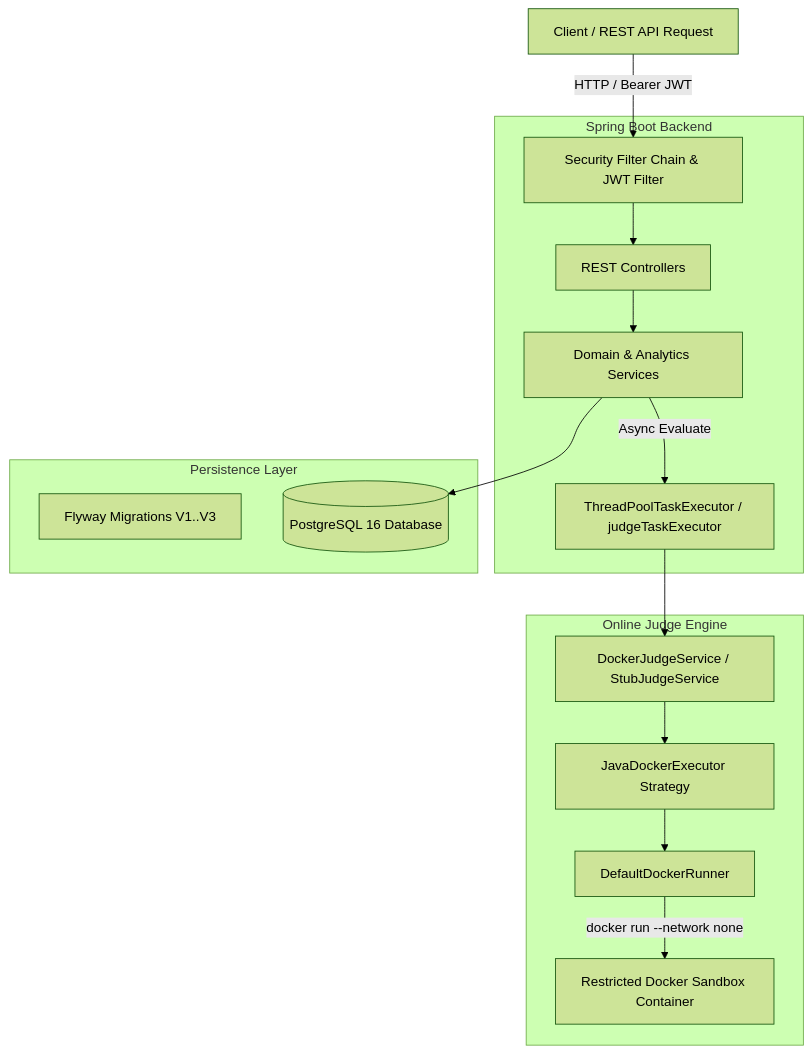
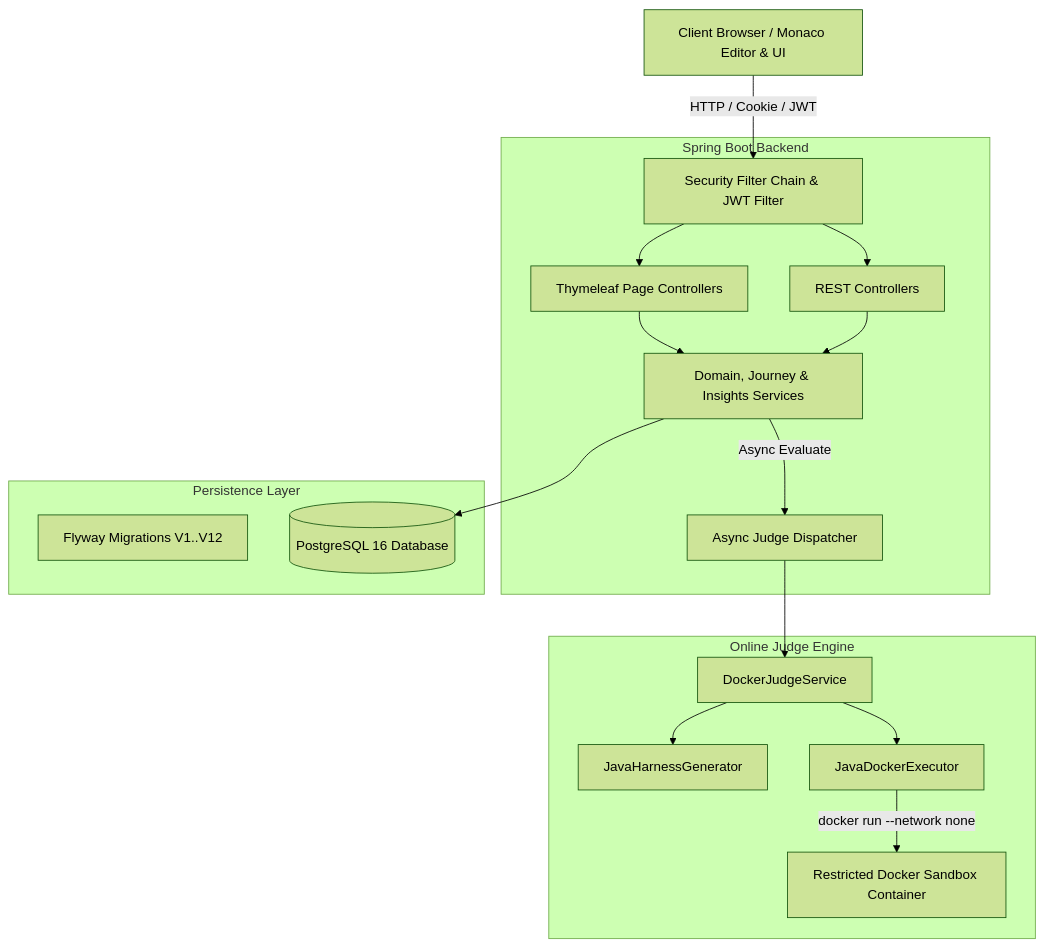
The first of 2 diagrams in README.md (sars-23/Project-Apricorn_1), drawn with Mermaid (forest theme) before and after one commit. The commit also changed other lines of this file and 11 other files, not shown here.

````diff
--- a/README.md
+++ b/README.md
@@ -27,33 +26,36 @@
 ```mermaid
 flowchart TD
-    Client[Client / REST API Request]
+    Client[Client Browser / Monaco Editor & UI]
     
     subgraph Spring Boot Backend
         SecurityFilter[Security Filter Chain & JWT Filter]
-        Controllers[REST Controllers]
-        Services[Domain & Analytics Services]
-        TaskExec[ThreadPoolTaskExecutor / judgeTaskExecutor]
+        WebControllers[Thymeleaf Page Controllers]
+        RestControllers[REST Controllers]
+        Services[Domain, Journey & Insights Services]
+        TaskExec[Async Judge Dispatcher]
     end
     
     subgraph Persistence Layer
-        Flyway[Flyway Migrations V1..V3]
+        Flyway[Flyway Migrations V1..V12]
         PostgreSQL[(PostgreSQL 16 Database)]
     end
     
     subgraph Online Judge Engine
-        JudgeService[DockerJudgeService / StubJudgeService]
-        Executor[JavaDockerExecutor Strategy]
-        Runner[DefaultDockerRunner]
+        JudgeService[DockerJudgeService]
+        HarnessGen[JavaHarnessGenerator]
+        DockerExec[JavaDockerExecutor]
         DockerContainer[Restricted Docker Sandbox Container]
     end
 
-    Client -->|HTTP / Bearer JWT| SecurityFilter
-    SecurityFilter --> Controllers
-    Controllers --> Services
+    Client -->|HTTP / Cookie / JWT| SecurityFilter
+    SecurityFilter --> WebControllers
+    SecurityFilter --> RestControllers
+    WebControllers --> Services
+    RestControllers --> Services
     Services --> PostgreSQL
     Services -->|Async Evaluate| TaskExec
     TaskExec --> JudgeService
-    JudgeService --> Executor
-    Executor --> Runner
-    Runner -->|docker run --network none| DockerContainer
+    JudgeService --> HarnessGen
+    JudgeService --> DockerExec
+    DockerExec -->|docker run --network none| DockerContainer
 ```
````
